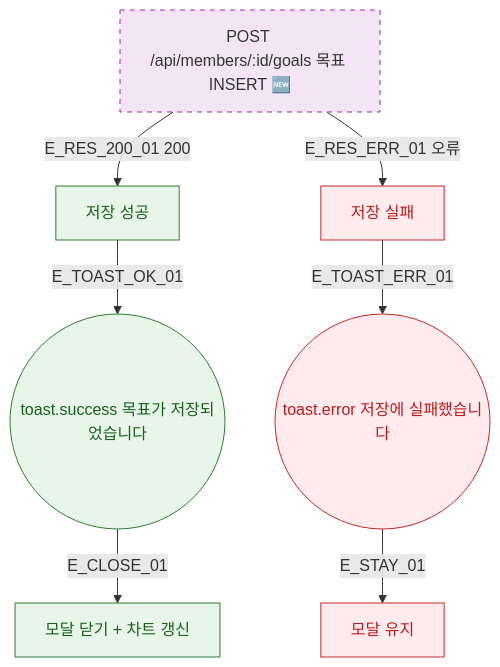
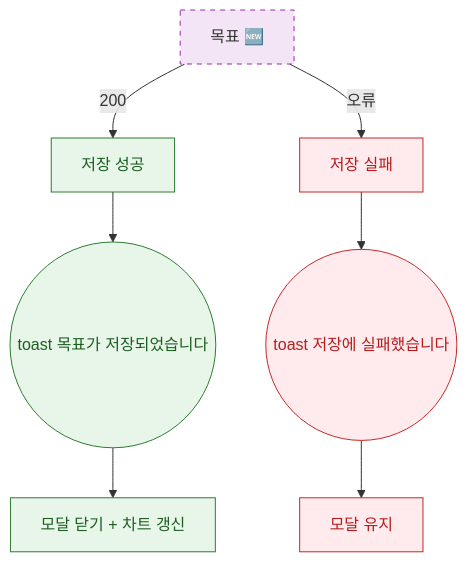
The diagram in docs/다이어그램/D02_회원관리/DLG/DLG-M017_목표설정/M3_결과분기.md (dev-spogym/admin-pando), drawn with Mermaid before and after one commit. The commit also changed other lines of this file and 1660 other files, not shown here.

First line of the commit message:
다이어그램: 기획자/클라이언트 납품본으로 정리

````diff
--- a/docs/다이어그램/D02_회원관리/DLG/DLG-M017_목표설정/M3_결과분기.md
+++ b/docs/다이어그램/D02_회원관리/DLG/DLG-M017_목표설정/M3_결과분기.md
@@ -22,22 +20,22 @@
 ```mermaid
 flowchart TD
-  API[POST /api/members/:id/goals 목표 INSERT 🆕]
+  API[목표 🆕]
 
-  API -->|E_RES_200_01 200| SUCCESS[저장 성공]
-  API -->|E_RES_ERR_01 오류| FAIL[저장 실패]
+  API -->|200|SUCCESS[저장 성공]
+  API -->|오류|FAIL[저장 실패]
 
-  SUCCESS -->|E_TOAST_OK_01| TOAST_OK((toast.success 목표가 저장되었습니다))
-  TOAST_OK -->|E_CLOSE_01| POST_OK[모달 닫기 + 차트 갱신]
+  SUCCESS --> TOAST_OK((toast 목표가 저장되었습니다))
+  TOAST_OK --> POST_OK[모달 닫기 + 차트 갱신]
 
-  FAIL -->|E_TOAST_ERR_01| TOAST_ERR((toast.error 저장에 실패했습니다))
-  TOAST_ERR -->|E_STAY_01| MODAL_STAY[모달 유지]
+  FAIL --> TOAST_ERR((toast 저장에 실패했습니다))
+  TOAST_ERR --> MODAL_STAY[모달 유지]
 
   classDef newFeature fill:#F3E5F5,stroke:#9C27B0,stroke-dasharray:5 5
-  classDef success    fill:#E8F5E9,stroke:#2E7D32,color:#1B5E20
-  classDef error      fill:#FFEBEE,stroke:#C62828,color:#B71C1C
-  classDef system     fill:#EDE7F6,stroke:#5E35B2
+  classDef success fill:#E8F5E9,stroke:#2E7D32,color:#1B5E20
+  classDef error fill:#FFEBEE,stroke:#C62828,color:#B71C1C
+  classDef system fill:#EDE7F6,stroke:#5E35B2
 
   class API newFeature
   class SUCCESS,TOAST_OK,POST_OK success
   class FAIL,TOAST_ERR,MODAL_STAY error
 ```
````
